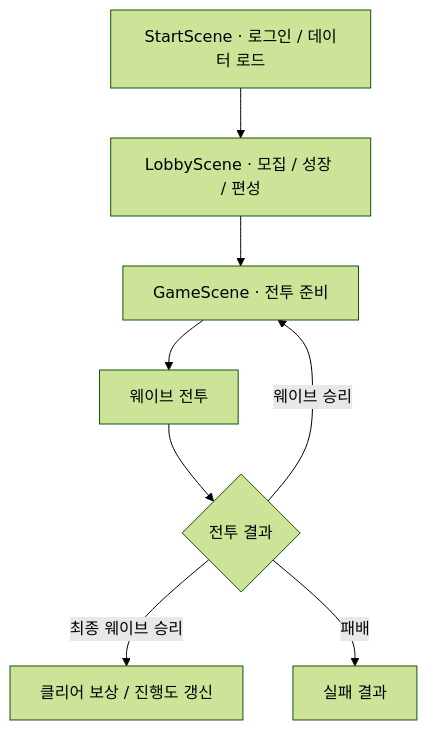
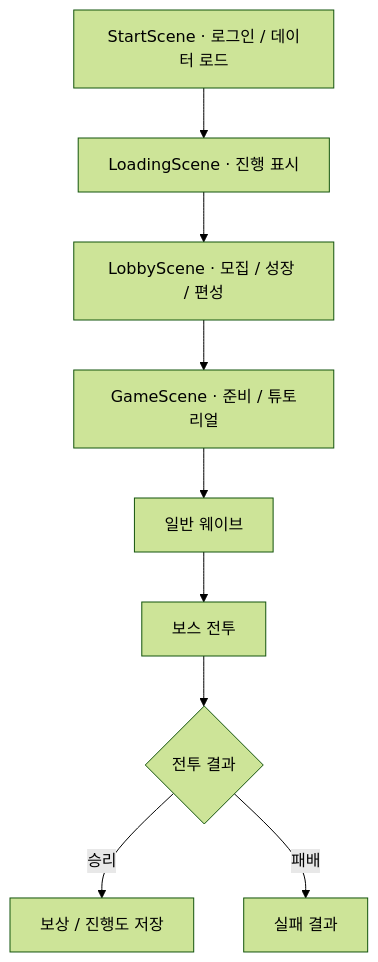
Before and after one commit to K1M-MinW00/Defenders: the diagram in README.md, drawn with Mermaid (forest theme). The commit also changed other lines of this file, not shown here.

````diff
--- a/README.md
+++ b/README.md
@@ -37,10 +39,11 @@
 ```mermaid
 flowchart TD
-    A["StartScene · 로그인 / 데이터 로드"] --> B["LobbyScene · 모집 / 성장 / 편성"]
-    B --> C["GameScene · 전투 준비"]
-    C --> D["웨이브 전투"]
-    D --> E{"전투 결과"}
-    E -->|"웨이브 승리"| C
-    E -->|"최종 웨이브 승리"| F["클리어 보상 / 진행도 갱신"]
-    E -->|"패배"| G["실패 결과"]
+    A["StartScene · 로그인 / 데이터 로드"] --> B["LoadingScene · 진행 표시"]
+    B --> C["LobbyScene · 모집 / 성장 / 편성"]
+    C --> D["GameScene · 준비 / 튜토리얼"]
+    D --> E["일반 웨이브"]
+    E --> F["보스 전투"]
+    F --> G{"전투 결과"}
+    G -->|"승리"| H["보상 / 진행도 저장"]
+    G -->|"패배"| I["실패 결과"]
 ```
````
